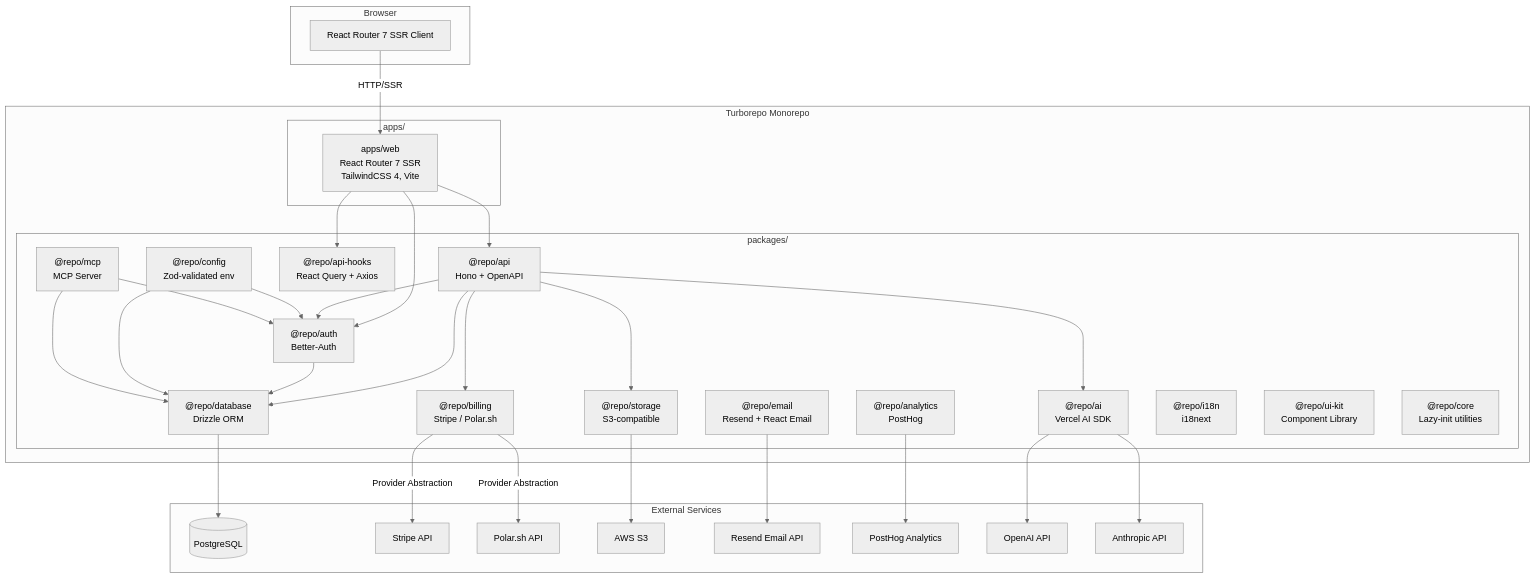
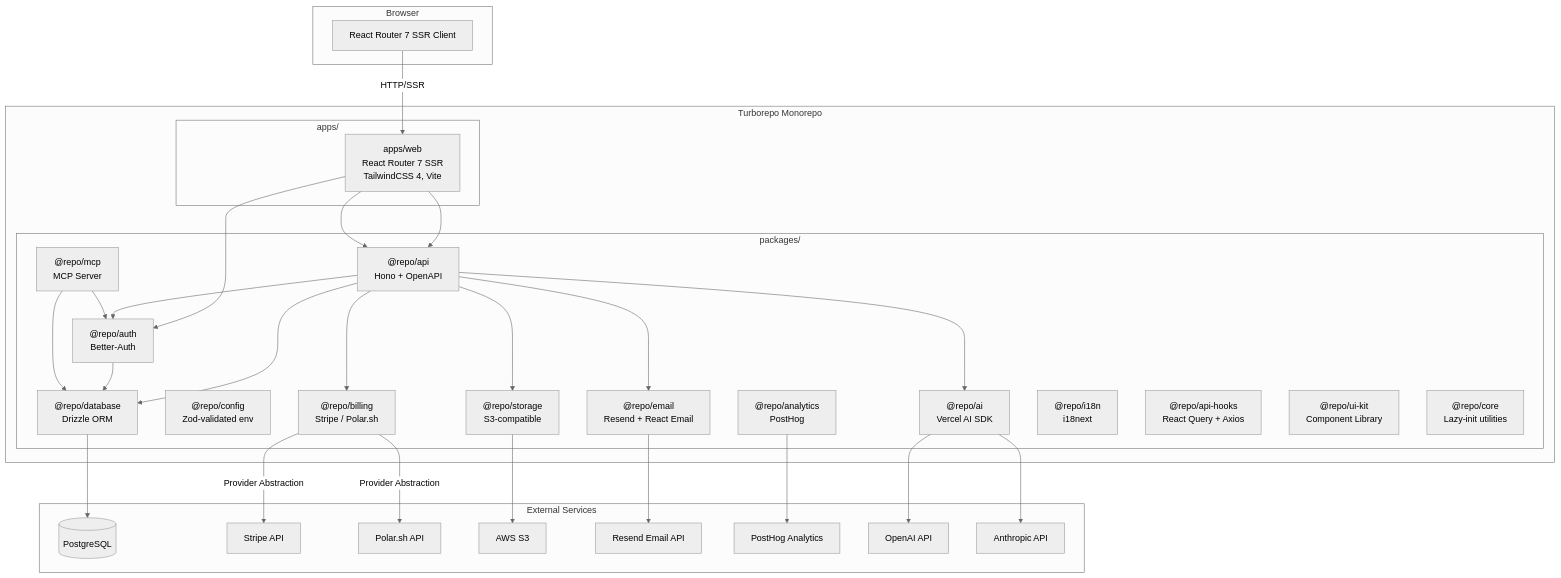
The diagram in knowledge/architecture/saas-template-system.md (launchapp-dev/invoicer), drawn with Mermaid (neutral theme) before and after one commit. The commit also changed 11 other files, not shown here.

First line of the commit message:
fix(architecture): verify and correct diagrams against actual source code (#28)

````diff
--- a/knowledge/architecture/saas-template-system.md
+++ b/knowledge/architecture/saas-template-system.md
@@ -19,63 +19,62 @@
 ```mermaid
 graph TD
     subgraph Browser
         CLIENT[React Router 7 SSR Client]
     end
 
     subgraph "Turborepo Monorepo"
         subgraph "apps/"
             WEB["apps/web<br/>React Router 7 SSR<br/>TailwindCSS 4, Vite"]
         end
 
         subgraph "packages/"
             API["@repo/api<br/>Hono + OpenAPI"]
             AUTH["@repo/auth<br/>Better-Auth"]
             DB["@repo/database<br/>Drizzle ORM"]
             CONFIG["@repo/config<br/>Zod-validated env"]
             BILLING["@repo/billing<br/>Stripe / Polar.sh"]
             AI["@repo/ai<br/>Vercel AI SDK"]
             EMAIL["@repo/email<br/>Resend + React Email"]
             STORAGE["@repo/storage<br/>S3-compatible"]
             ANALYTICS["@repo/analytics<br/>PostHog"]
             I18N["@repo/i18n<br/>i18next"]
             APIHOOKS["@repo/api-hooks<br/>React Query + Axios"]
             MCP["@repo/mcp<br/>MCP Server"]
             UIKIT["@repo/ui-kit<br/>Component Library"]
             CORE["@repo/core<br/>Lazy-init utilities"]
         end
     end
 
     subgraph "External Services"
         PG[(PostgreSQL)]
         STRIPE[Stripe API]
         POLAR[Polar.sh API]
         S3[AWS S3]
         RESEND[Resend Email API]
         POSTHOG[PostHog Analytics]
         OPENAI[OpenAI API]
         ANTHROPIC[Anthropic API]
     end
 
     CLIENT -->|HTTP/SSR| WEB
     WEB --> API
     WEB --> AUTH
-    WEB --> APIHOOKS
+    WEB --> API
     API --> AUTH
     API --> DB
     API --> BILLING
     API --> AI
     API --> STORAGE
     AUTH --> DB
     DB --> PG
     BILLING -->|Provider Abstraction| STRIPE
     BILLING -->|Provider Abstraction| POLAR
     EMAIL --> RESEND
     STORAGE --> S3
     ANALYTICS --> POSTHOG
     AI --> OPENAI
     AI --> ANTHROPIC
-    CONFIG --> DB
-    CONFIG --> AUTH
     MCP --> AUTH
     MCP --> DB
+    API --> EMAIL
 ```
````
